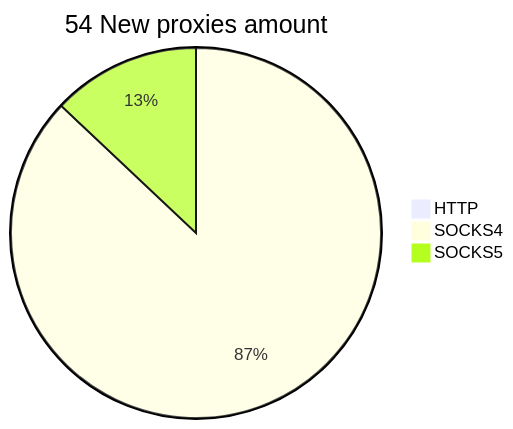
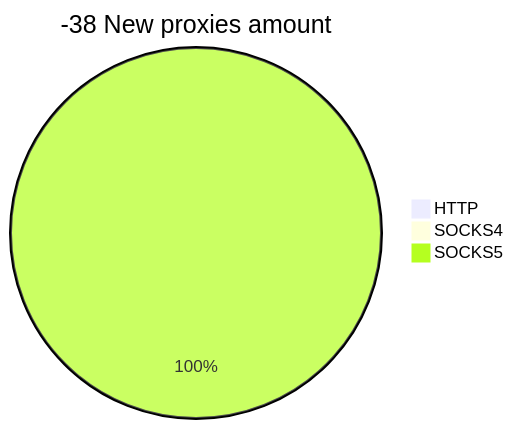
Before and after one commit to cutipu/proxylist: the second of 2 diagrams in README.md, drawn with Mermaid. The commit also changed other lines of this file, not shown here.

````diff
--- a/README.md
+++ b/README.md
@@ -10,6 +10,6 @@
 ```mermaid
-pie title 54 New proxies amount
+pie title -38 New proxies amount
     "HTTP" : 0
-    "SOCKS4" : 47
-    "SOCKS5" : 7
+    "SOCKS4" : 0
+    "SOCKS5" : 1
 ```
````
